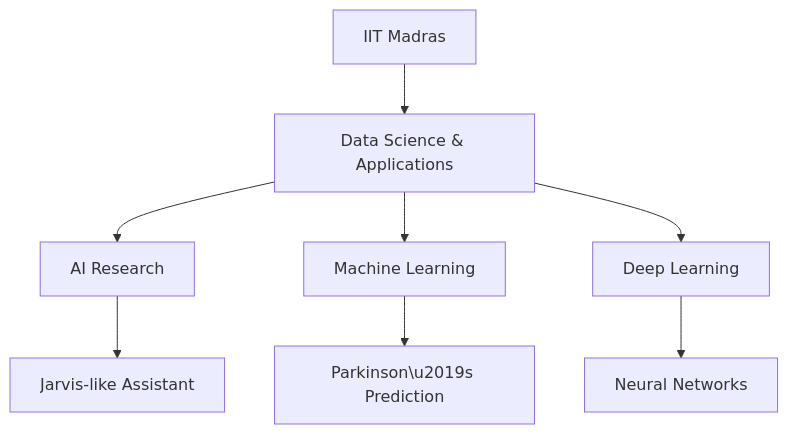
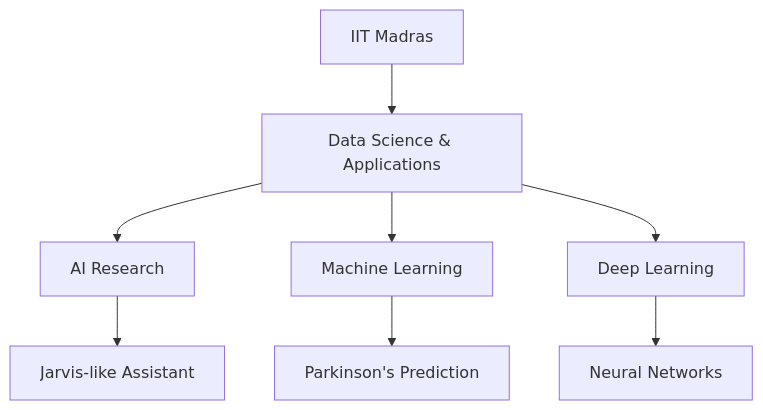
Before and after one commit to shiva-yadav-ds/shiva-yadav-ds: the diagram in README.md, drawn with Mermaid. The commit also changed other lines of this file, not shown here.

````diff
--- a/README.md
+++ b/README.md
@@ -44,10 +40,10 @@
 ```mermaid
 graph TD
     A[IIT Madras] --> B[Data Science & Applications]
     B --> C[AI Research]
     B --> D[Machine Learning]
     B --> E[Deep Learning]
     C --> F[Jarvis-like Assistant]
-    D --> G[Parkinson\u2019s Prediction]
+    D --> G[Parkinson's Prediction]
     E --> H[Neural Networks]
 ```
````
